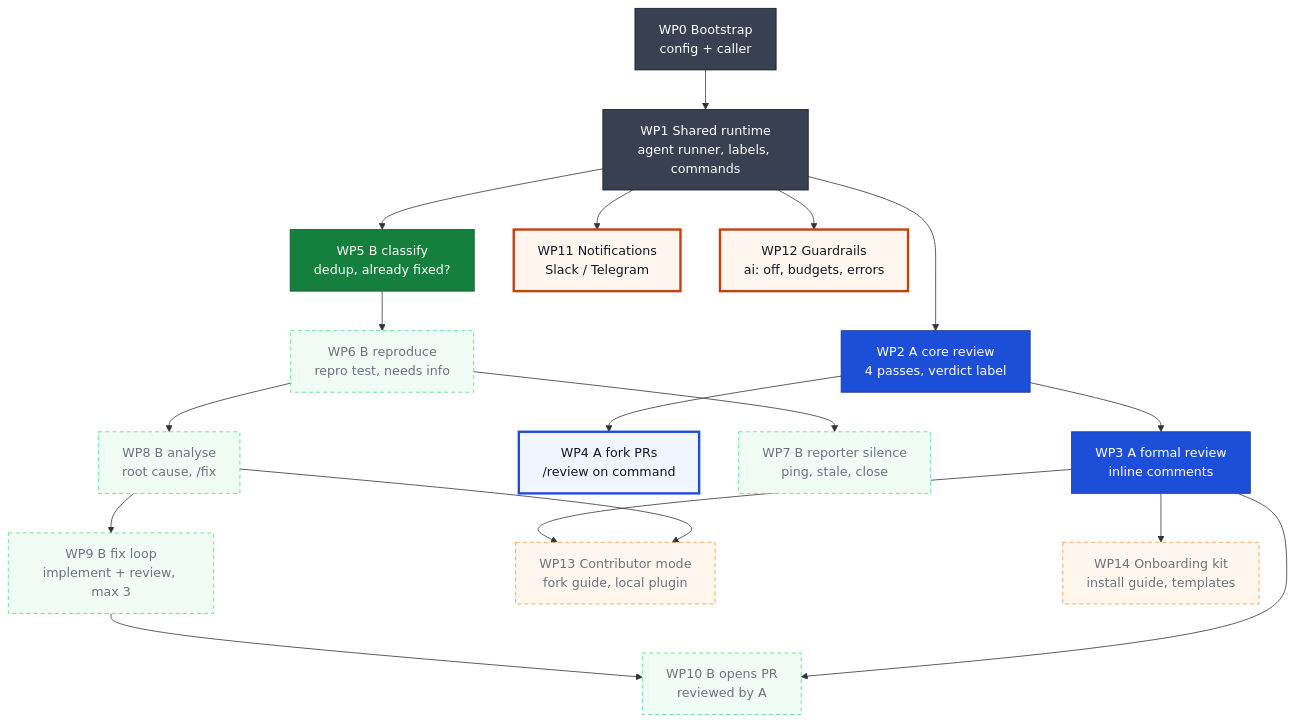
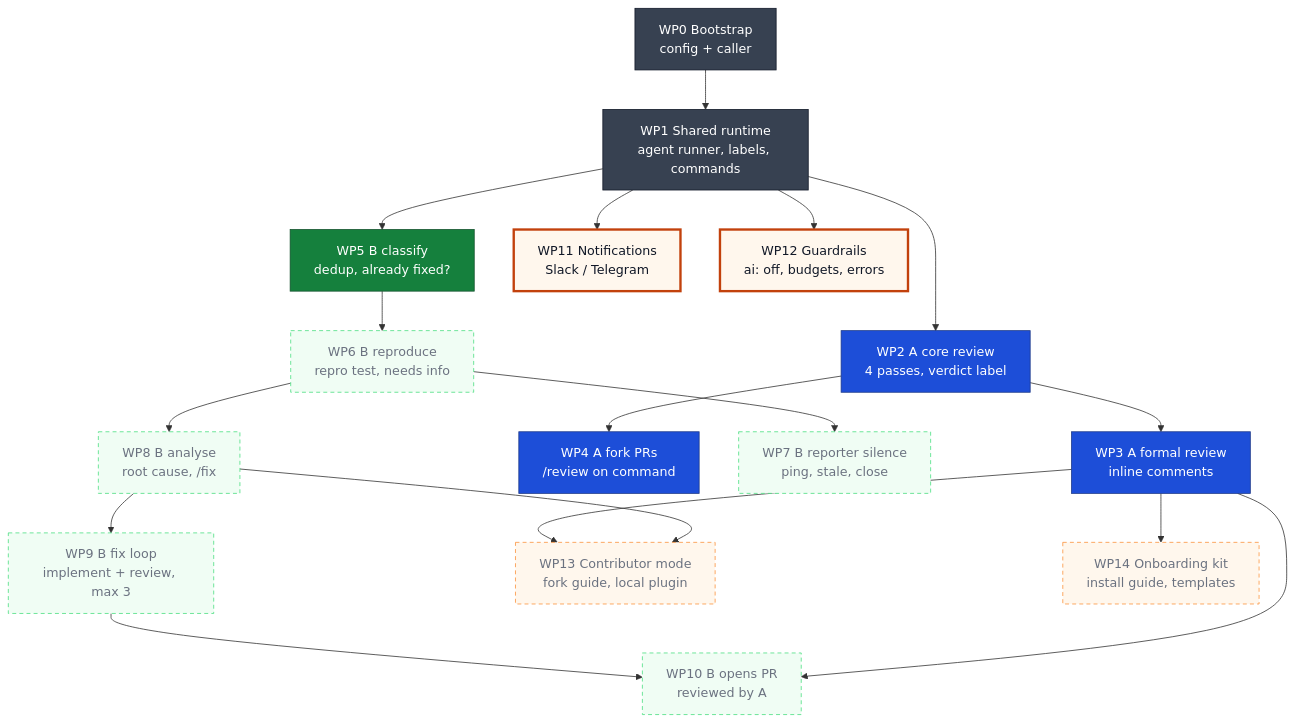
One commit to esciara/ai-workflows changed the first of 8 diagrams in docs/diagrams.md. Above: the diagram before and after it, drawn with Mermaid. The commit also changed other lines of this file and 4 other files, not shown here.

First line of the commit message:
docs: sync — WP4 (#51, #52), WP12a (#53), ADR-0037, ADR-0048 accepted; board, progress, ADR index, diagrams

````diff
--- a/docs/diagrams.md
+++ b/docs/diagrams.md
@@ -22,74 +22,74 @@
 ```mermaid
 flowchart TD
   %% Status is not typed here: render-diagrams sets each WP's class from its bead in docs/board.jsonl (ADR-0046).
   %% Lanes: <lane> not started, <lane>Wip in progress, <lane>Done done.
   %% lane base: WP0 WP1
   %% lane a: WP2 WP3 WP4
   %% lane b: WP5 WP6 WP7 WP8 WP9 WP10
   %% lane x: WP11 WP12 WP13 WP14
 
   WP0["WP0 Bootstrap<br/>config + caller"] --> WP1["WP1 Shared runtime<br/>agent runner, labels, commands"]
 
   WP1 --> WP2["WP2 A core review<br/>4 passes, verdict label"]
   WP2 --> WP3["WP3 A formal review<br/>inline comments"]
   WP2 --> WP4["WP4 A fork PRs<br/>/review on command"]
 
   WP1 --> WP5["WP5 B classify<br/>dedup, already fixed?"]
   WP5 --> WP6["WP6 B reproduce<br/>repro test, needs info"]
   WP6 --> WP7["WP7 B reporter silence<br/>ping, stale, close"]
   WP6 --> WP8["WP8 B analyse<br/>root cause, /fix"]
   WP8 --> WP9["WP9 B fix loop<br/>implement + review, max 3"]
   WP9 --> WP10["WP10 B opens PR<br/>reviewed by A"]
   WP3 --> WP10
 
   WP1 --> WP11["WP11 Notifications<br/>Slack / Telegram"]
   WP1 --> WP12["WP12 Guardrails<br/>ai: off, budgets, errors"]
   WP3 --> WP13["WP13 Contributor mode<br/>fork guide, local plugin"]
   WP8 --> WP13
   WP3 --> WP14["WP14 Onboarding kit<br/>install guide, templates"]
 
   classDef base fill:#f3f4f6,stroke:#9ca3af,stroke-dasharray:5 4,color:#6b7280
   classDef a fill:#eff6ff,stroke:#60a5fa,stroke-dasharray:5 4,color:#6b7280
   classDef b fill:#f0fdf4,stroke:#4ade80,stroke-dasharray:5 4,color:#6b7280
   classDef x fill:#fff7ed,stroke:#fb923c,stroke-dasharray:5 4,color:#6b7280
   classDef baseWip fill:#f3f4f6,stroke:#4b5563,stroke-width:3px,color:#111827
   classDef aWip fill:#eff6ff,stroke:#1d4ed8,stroke-width:3px,color:#111827
   classDef bWip fill:#f0fdf4,stroke:#15803d,stroke-width:3px,color:#111827
   classDef xWip fill:#fff7ed,stroke:#c2410c,stroke-width:3px,color:#111827
   classDef baseDone fill:#374151,stroke:#111827,color:#ffffff
   classDef aDone fill:#1d4ed8,stroke:#1e3a8a,color:#ffffff
   classDef bDone fill:#15803d,stroke:#14532d,color:#ffffff
   classDef xDone fill:#c2410c,stroke:#7c2d12,color:#ffffff
 
   click WP0 "https://github.com/esciara/ai-workflows/blob/main/docs/plan.md?plain=1#L32" "Open WP0 in docs/plan.md" _blank
   click WP1 "https://github.com/esciara/ai-workflows/blob/main/docs/plan.md?plain=1#L33" "Open WP1 in docs/plan.md" _blank
   click WP2 "https://github.com/esciara/ai-workflows/blob/main/docs/plan.md?plain=1#L34" "Open WP2 in docs/plan.md" _blank
   click WP3 "https://github.com/esciara/ai-workflows/blob/main/docs/plan.md?plain=1#L37" "Open WP3 in docs/plan.md" _blank
   click WP4 "https://github.com/esciara/ai-workflows/blob/main/docs/plan.md?plain=1#L38" "Open WP4 in docs/plan.md" _blank
   click WP5 "https://github.com/esciara/ai-workflows/blob/main/docs/plan.md?plain=1#L39" "Open WP5 in docs/plan.md" _blank
   click WP6 "https://github.com/esciara/ai-workflows/blob/main/docs/plan.md?plain=1#L40" "Open WP6 in docs/plan.md" _blank
   click WP7 "https://github.com/esciara/ai-workflows/blob/main/docs/plan.md?plain=1#L41" "Open WP7 in docs/plan.md" _blank
   click WP8 "https://github.com/esciara/ai-workflows/blob/main/docs/plan.md?plain=1#L42" "Open WP8 in docs/plan.md" _blank
   click WP9 "https://github.com/esciara/ai-workflows/blob/main/docs/plan.md?plain=1#L43" "Open WP9 in docs/plan.md" _blank
   click WP10 "https://github.com/esciara/ai-workflows/blob/main/docs/plan.md?plain=1#L44" "Open WP10 in docs/plan.md" _blank
   click WP11 "https://github.com/esciara/ai-workflows/blob/main/docs/plan.md?plain=1#L45" "Open WP11 in docs/plan.md" _blank
   click WP12 "https://github.com/esciara/ai-workflows/blob/main/docs/plan.md?plain=1#L48" "Open WP12 in docs/plan.md" _blank
   click WP13 "https://github.com/esciara/ai-workflows/blob/main/docs/plan.md?plain=1#L51" "Open WP13 in docs/plan.md" _blank
   click WP14 "https://github.com/esciara/ai-workflows/blob/main/docs/plan.md?plain=1#L52" "Open WP14 in docs/plan.md" _blank
 
   class WP0 baseDone
   class WP1 baseDone
   class WP2 aDone
   class WP3 aDone
-  class WP4 aWip
+  class WP4 aDone
   class WP5 bDone
   class WP6 b
   class WP7 b
   class WP8 b
   class WP9 b
   class WP10 b
   class WP11 xWip
   class WP12 xWip
   class WP13 x
   class WP14 x
 ```
````
